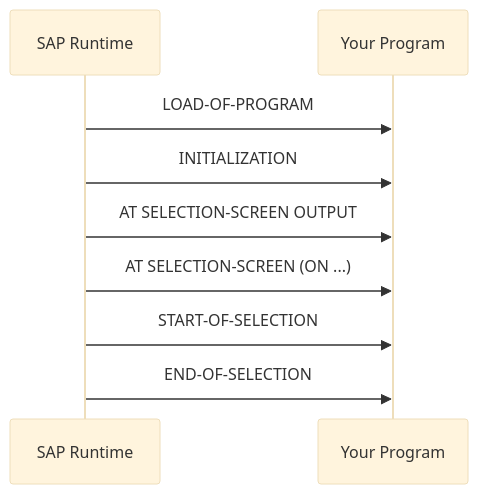
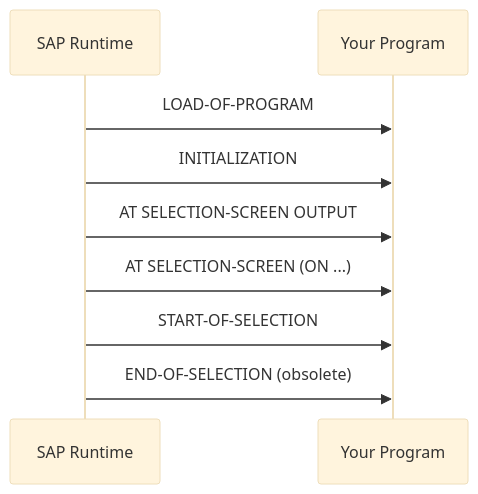
The diagram in 01-ABAP-Basics/README.md (serhatmercan/ABAPGuide), drawn with Mermaid (base theme) before and after one commit. The commit also changed other lines of this file and 1 other file, not shown here.

````diff
--- a/01-ABAP-Basics/README.md
+++ b/01-ABAP-Basics/README.md
@@ -49,11 +76,11 @@
 ```mermaid
 sequenceDiagram
     participant SAP as SAP Runtime
     participant Prg as Your Program
     SAP->>Prg: LOAD-OF-PROGRAM
     SAP->>Prg: INITIALIZATION
     SAP->>Prg: AT SELECTION-SCREEN OUTPUT
     SAP->>Prg: AT SELECTION-SCREEN (ON ...)
     SAP->>Prg: START-OF-SELECTION
-    SAP->>Prg: END-OF-SELECTION
+    SAP->>Prg: END-OF-SELECTION (obsolete)
 ```
````
